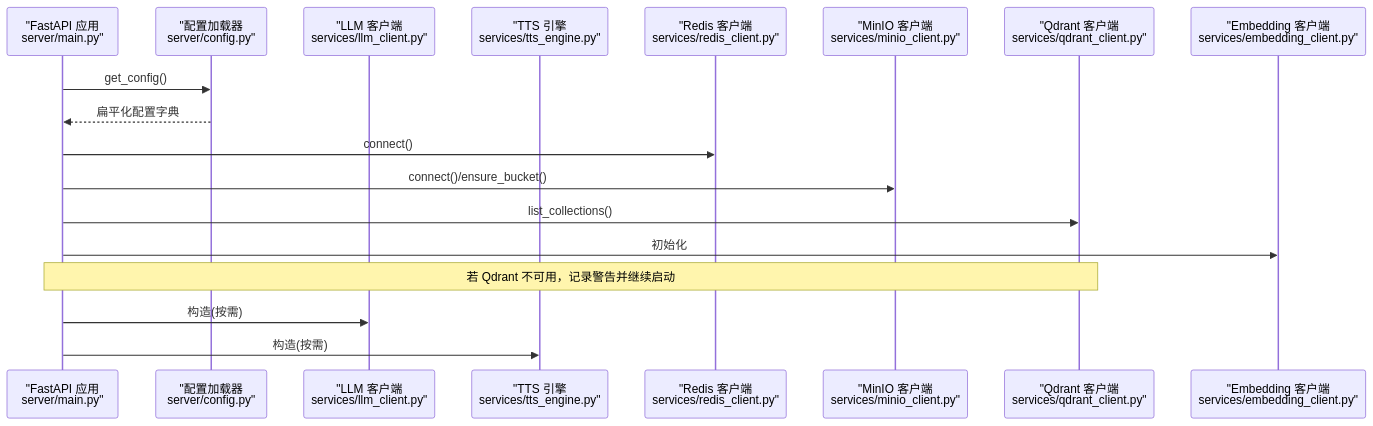
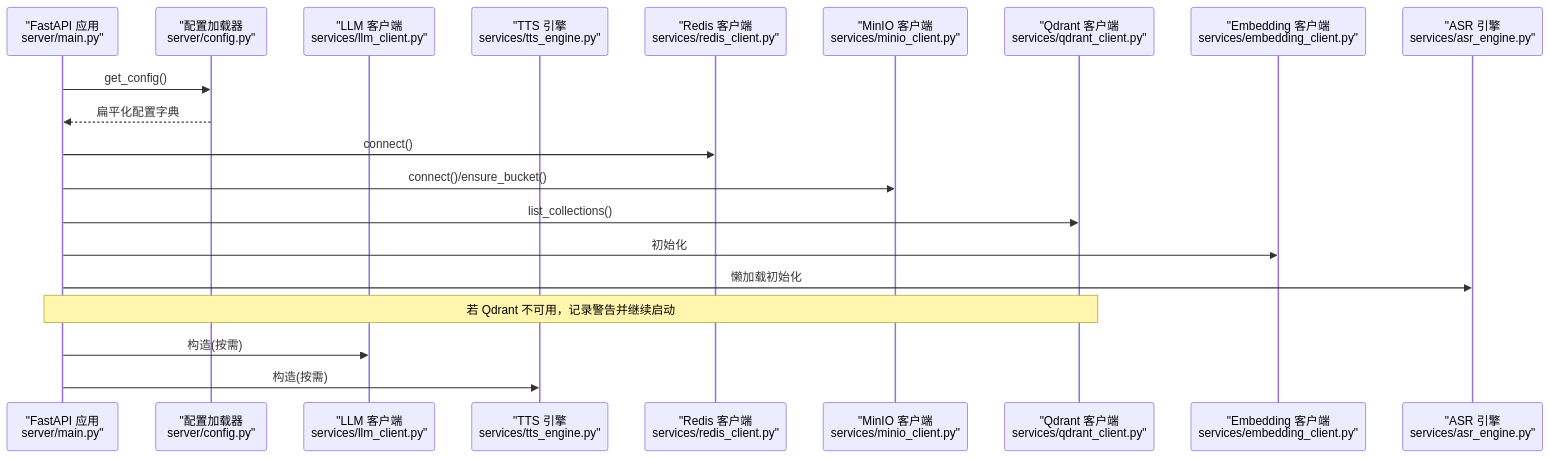
One commit to leo21cn/real-time-talk changed the second of 4 diagrams in .qoder/repowiki/zh/content/配置与部署/配置管理系统.md. Above: the diagram before and after it, drawn with Mermaid. The commit also changed other lines of this file and 9 other files, not shown here.

````diff
--- a/.qoder/repowiki/zh/content/配置与部署/配置管理系统.md
+++ b/.qoder/repowiki/zh/content/配置与部署/配置管理系统.md
@@ -80,20 +92,22 @@
 ```mermaid
 sequenceDiagram
 participant Main as "FastAPI 应用<br/>server/main.py"
 participant Cfg as "配置加载器<br/>server/config.py"
 participant LLM as "LLM 客户端<br/>services/llm_client.py"
 participant TTS as "TTS 引擎<br/>services/tts_engine.py"
 participant Redis as "Redis 客户端<br/>services/redis_client.py"
 participant MinIO as "MinIO 客户端<br/>services/minio_client.py"
 participant Qdrant as "Qdrant 客户端<br/>services/qdrant_client.py"
 participant Emb as "Embedding 客户端<br/>services/embedding_client.py"
+participant ASR as "ASR 引擎<br/>services/asr_engine.py"
 Main->>Cfg : get_config()
 Cfg-->>Main : 扁平化配置字典
 Main->>Redis : connect()
 Main->>MinIO : connect()/ensure_bucket()
 Main->>Qdrant : list_collections()
 Main->>Emb : 初始化
+Main->>ASR : 懒加载初始化
 Note over Main,Qdrant : 若 Qdrant 不可用，记录警告并继续启动
 Main->>LLM : 构造(按需)
 Main->>TTS : 构造(按需)
 ```
````
